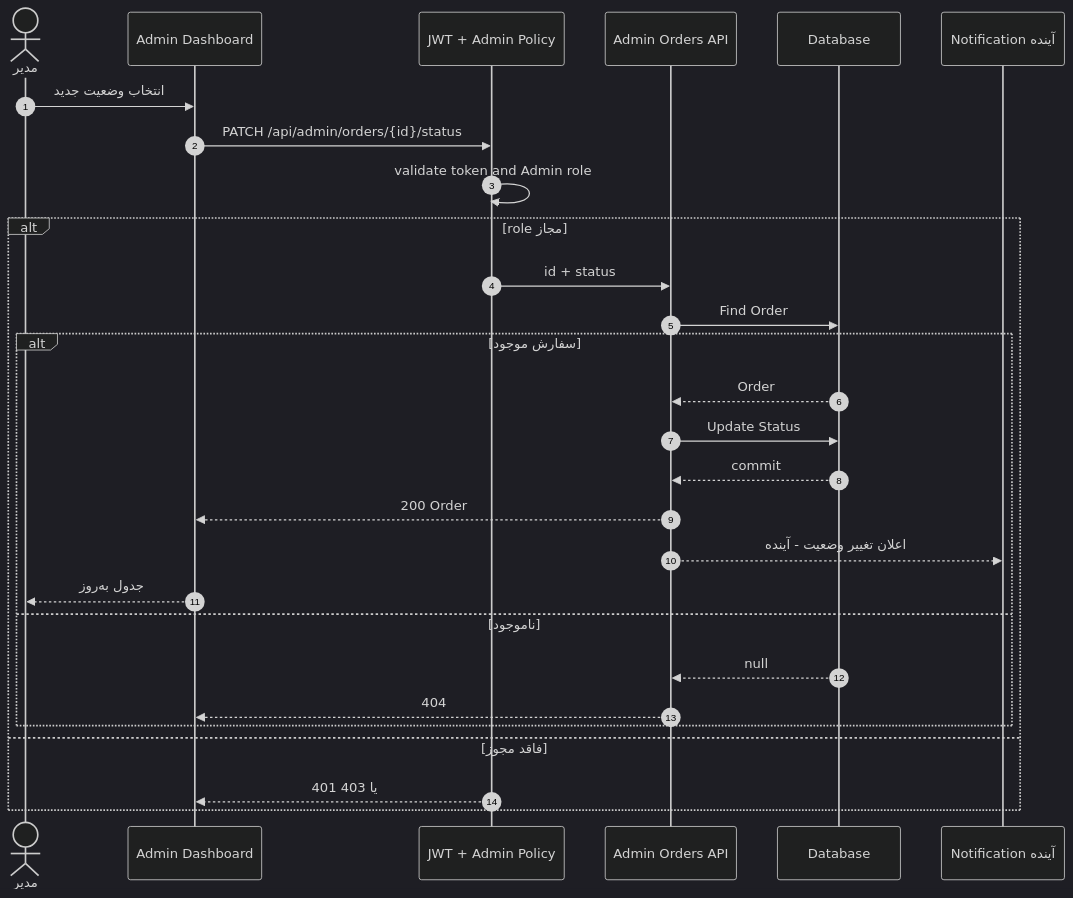
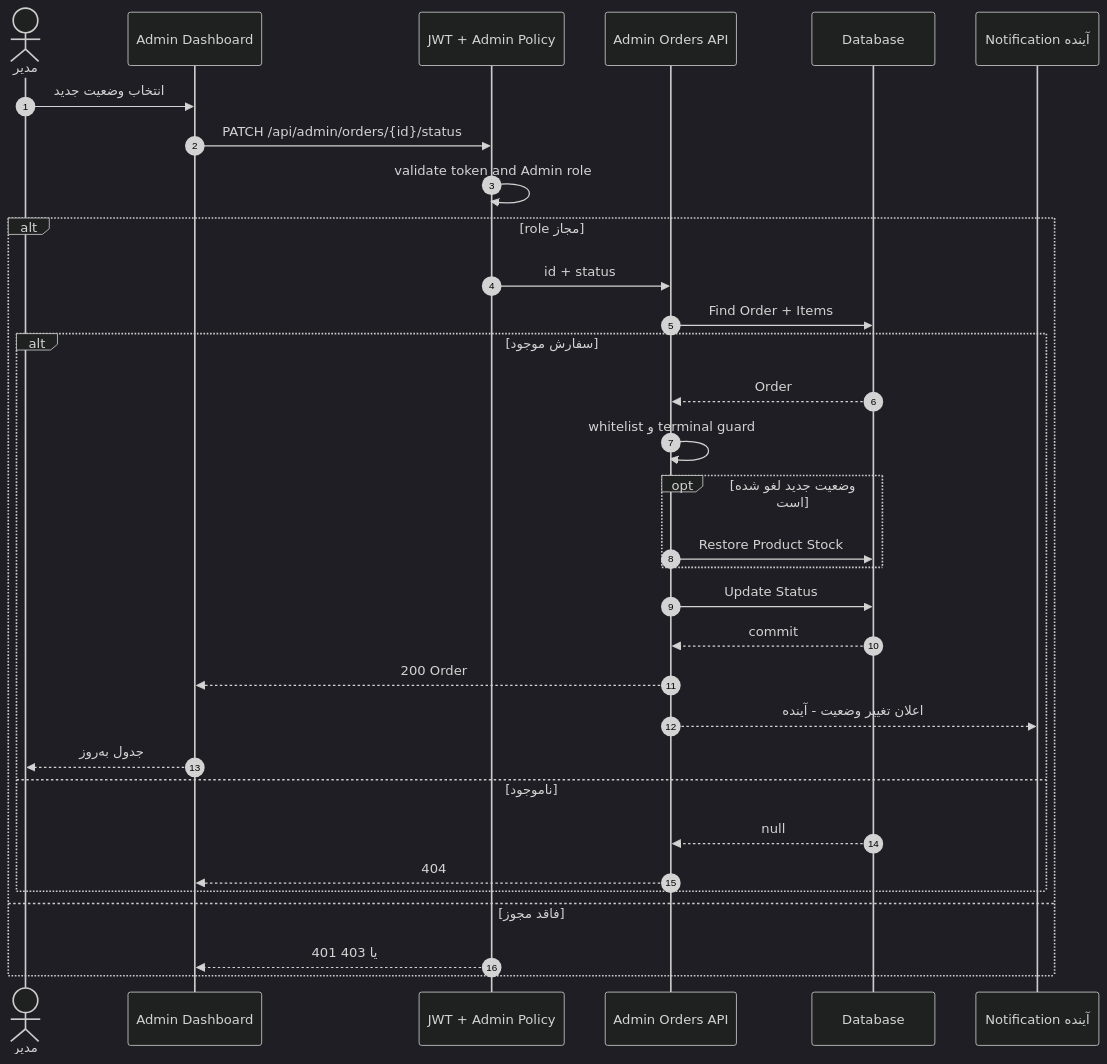
Before and after one commit to mohamadkheiry/mobinsilver: the fifth of 8 diagrams in docs/diagrams/sequence-diagrams.md, drawn with Mermaid (dark theme). The commit also changed other lines of this file and 43 other files, not shown here.

````diff
--- a/docs/diagrams/sequence-diagrams.md
+++ b/docs/diagrams/sequence-diagrams.md
@@ -116,31 +121,35 @@
 ```mermaid
 sequenceDiagram
     autonumber
     actor M as مدیر
     participant W as Admin Dashboard
     participant J as JWT + Admin Policy
     participant A as Admin Orders API
     participant D as Database
     participant N as Notification آینده
 
     M->>W: انتخاب وضعیت جدید
     W->>J: PATCH /api/admin/orders/{id}/status
     J->>J: validate token and Admin role
     alt role مجاز
         J->>A: id + status
-        A->>D: Find Order
+        A->>D: Find Order + Items
         alt سفارش موجود
             D-->>A: Order
+            A->>A: whitelist و terminal guard
+            opt وضعیت جدید لغو شده است
+                A->>D: Restore Product Stock
+            end
             A->>D: Update Status
             D-->>A: commit
             A-->>W: 200 Order
             A-->>N: اعلان تغییر وضعیت - آینده
             W-->>M: جدول به‌روز
         else ناموجود
             D-->>A: null
             A-->>W: 404
         end
     else فاقد مجوز
         J-->>W: 401 یا 403
     end
 ```
````
